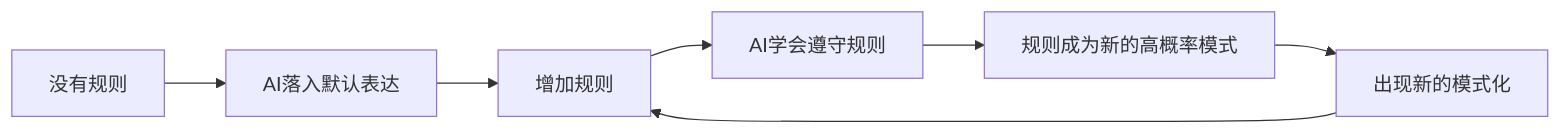
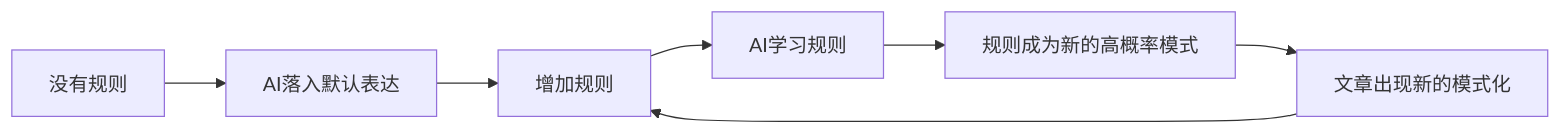
Before and after one commit to leapx-ai/Cognitive-Writing-Baseline-for-AI-Assisted-Writing: the first of 3 diagrams in README.md, drawn with Mermaid. The commit also changed other lines of this file, not shown here.

````diff
--- a/README.md
+++ b/README.md
@@ -114,9 +92,9 @@
 ```mermaid
 flowchart LR
     A["没有规则"] --> B["AI落入默认表达"]
     B --> C["增加规则"]
-    C --> D["AI学会遵守规则"]
+    C --> D["AI学习规则"]
     D --> E["规则成为新的高概率模式"]
-    E --> F["出现新的模式化"]
+    E --> F["文章出现新的模式化"]
     F --> C
 ```
````
